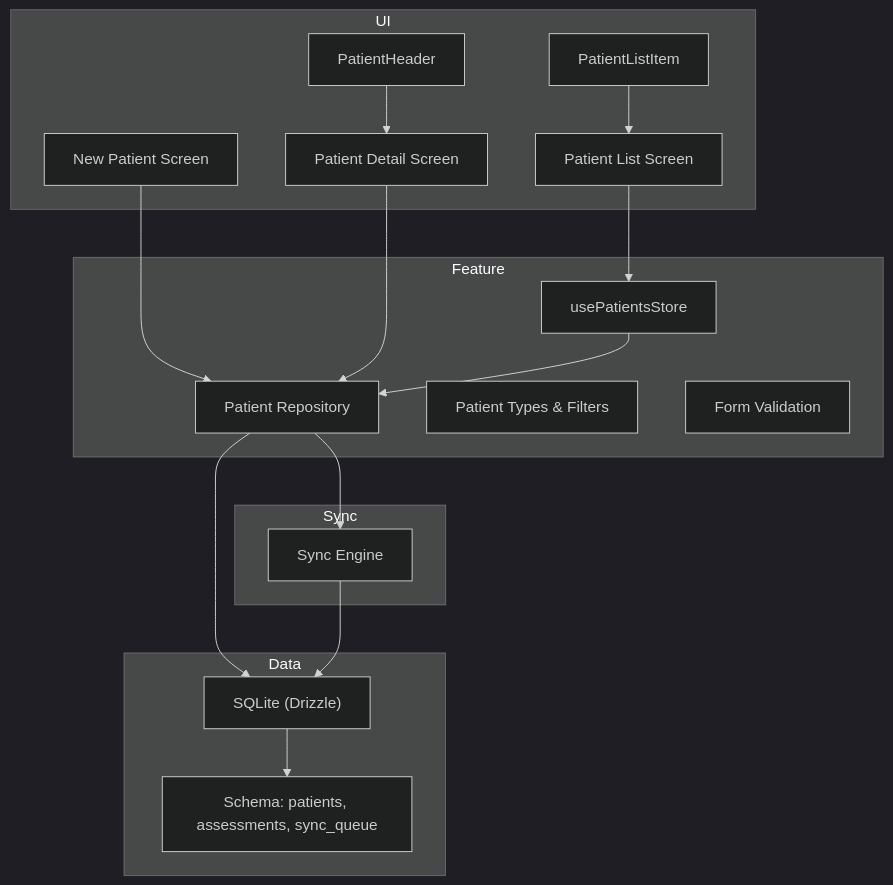
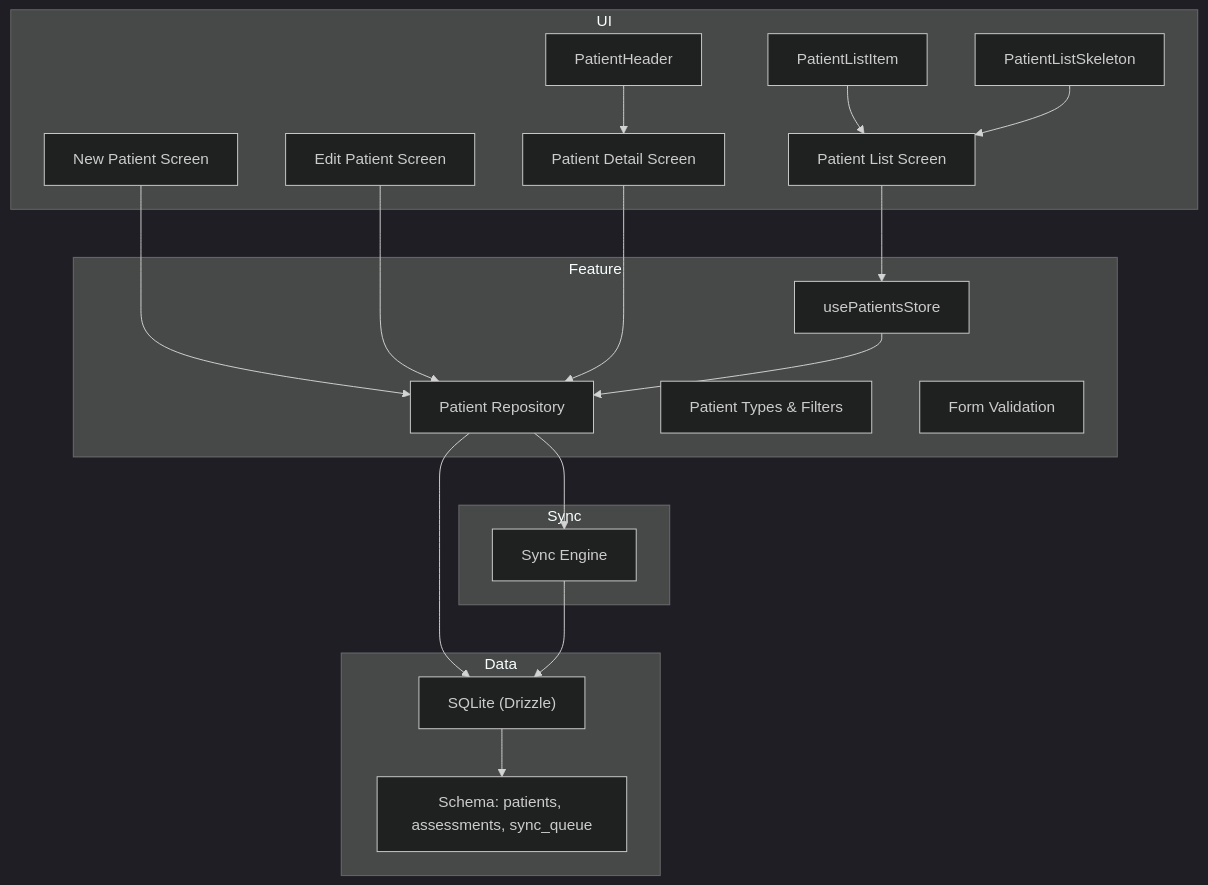
Before and after one commit to AdeelTahir-SE/DermSight: the first of 8 diagrams in .qoder/repowiki/en/content/Patient Management/Patient Management.md, drawn with Mermaid (dark theme). The commit also changed other lines of this file and 43 other files, not shown here.

````diff
--- a/.qoder/repowiki/en/content/Patient Management/Patient Management.md
+++ b/.qoder/repowiki/en/content/Patient Management/Patient Management.md
@@ -43,33 +53,37 @@
 ```mermaid
 graph TB
 subgraph "UI"
 List["Patient List Screen"]
 New["New Patient Screen"]
+Edit["Edit Patient Screen"]
 Detail["Patient Detail Screen"]
 Header["PatientHeader"]
 ListItem["PatientListItem"]
+Skeleton["PatientListSkeleton"]
 end
 subgraph "Feature"
 Store["usePatientsStore"]
 Repo["Patient Repository"]
 Types["Patient Types & Filters"]
 Validation["Form Validation"]
 end
 subgraph "Data"
 DB["SQLite (Drizzle)"]
 Schema["Schema: patients, assessments, sync_queue"]
 end
 subgraph "Sync"
 Engine["Sync Engine"]
 end
 List --> Store
 New --> Repo
+Edit --> Repo
 Detail --> Repo
 Store --> Repo
 Repo --> DB
 DB --> Schema
 Repo --> Engine
 Engine --> DB
 Header --> Detail
 ListItem --> List
+Skeleton --> List
 ```
````
